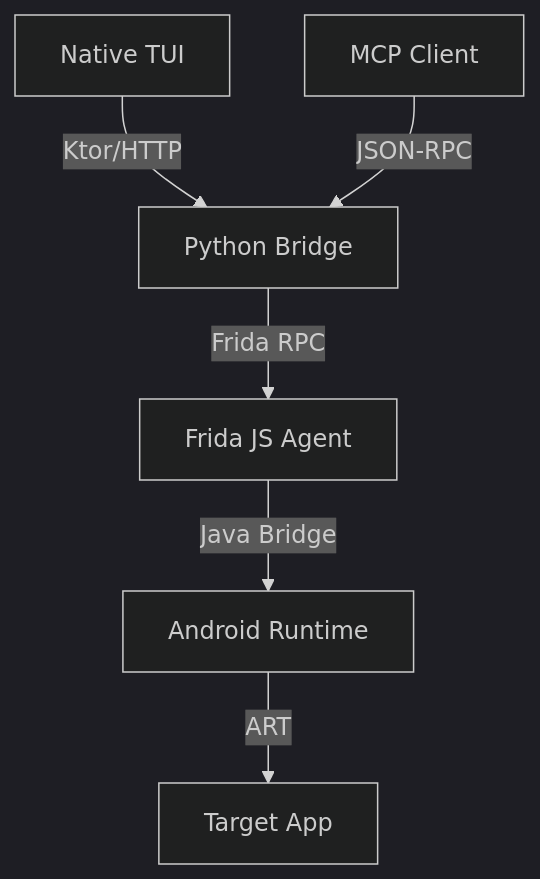
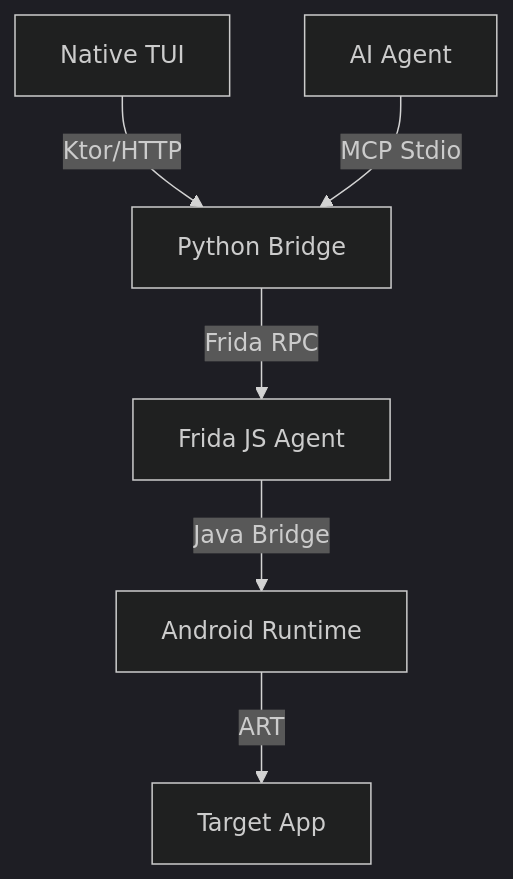
The diagram in README.md (victorlpgazolli/barbatos), drawn with Mermaid (dark theme) before and after one commit. The commit also changed other lines of this file and 6 other files, not shown here.

````diff
--- a/README.md
+++ b/README.md
@@ -95,8 +95,8 @@
 ```mermaid
 graph TD
     A[Native TUI] -->|Ktor/HTTP| C[Python Bridge]
-    B[MCP Client] -->|JSON-RPC| C
+    B[AI Agent] -->|MCP Stdio| C
     C -->|Frida RPC| D[Frida JS Agent]
     D -->|Java Bridge| E[Android Runtime]
     E -->|ART| F[Target App]
 ```
````
